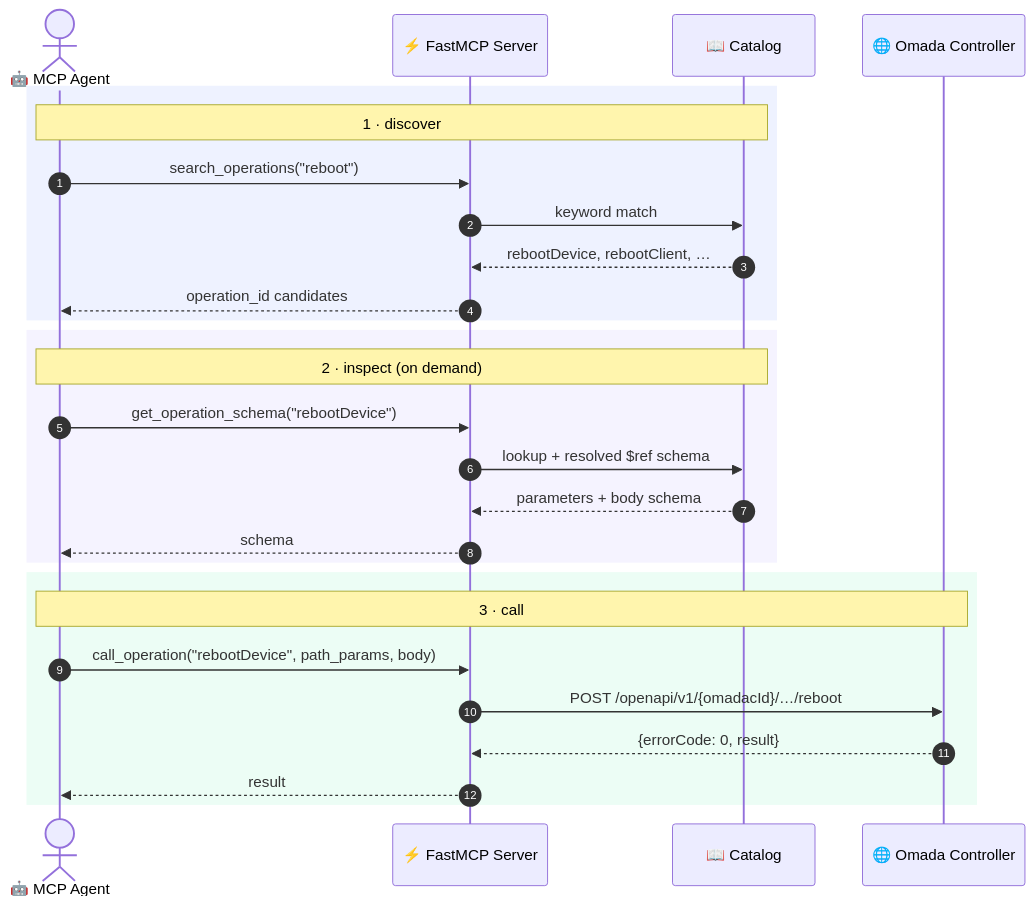
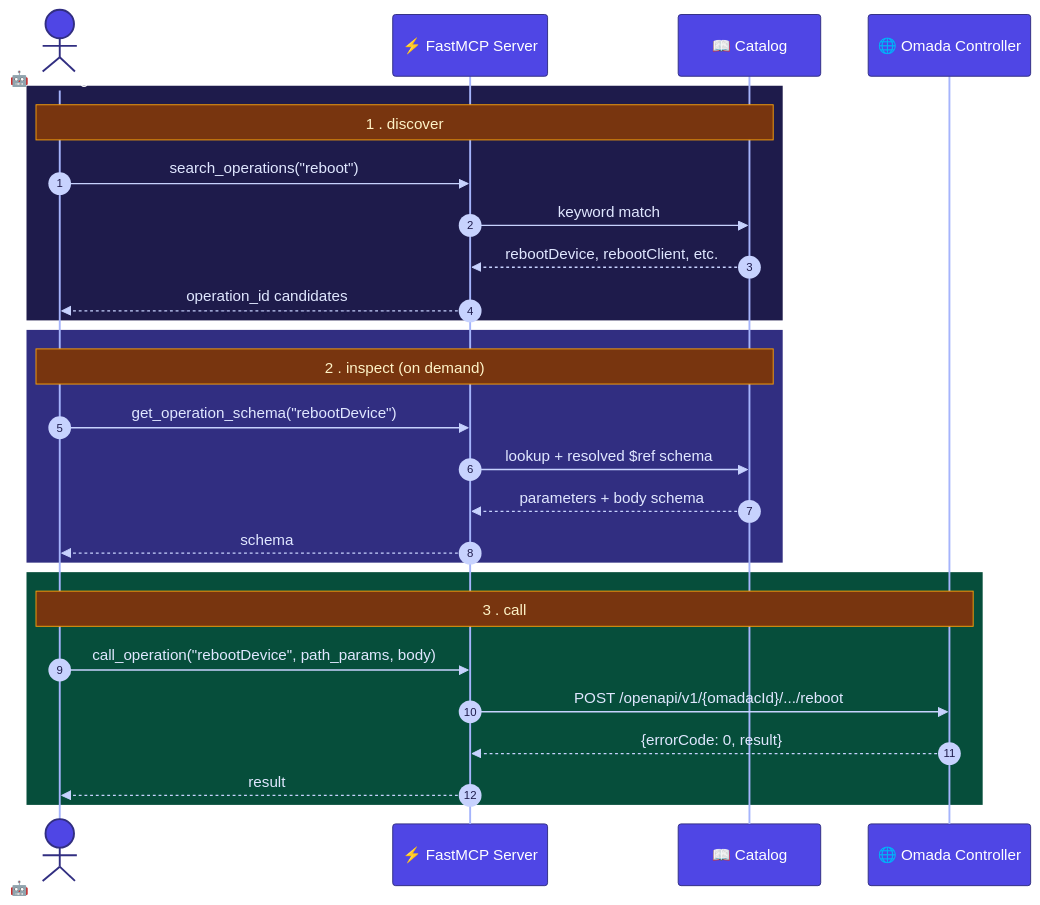
The second of 2 diagrams in README.md (samhaque/omada-controller-mcp), drawn with Mermaid before and after one commit. The commit also changed other lines of this file and 6 other files, not shown here.

````diff
--- a/README.md
+++ b/README.md
@@ -61,32 +57,40 @@
 ```mermaid
+%%{init: {'theme': 'base', 'themeVariables': {
+  'primaryColor': '#312e81', 'primaryTextColor': '#ffffff', 'primaryBorderColor': '#818cf8',
+  'lineColor': '#a5b4fc', 'actorBkg': '#4f46e5', 'actorBorder': '#312e81', 'actorTextColor': '#ffffff',
+  'actorLineColor': '#a5b4fc', 'signalColor': '#c7d2fe', 'signalTextColor': '#e0e7ff',
+  'labelBoxBkgColor': '#4f46e5', 'labelBoxBorderColor': '#312e81', 'labelTextColor': '#ffffff',
+  'noteBkgColor': '#78350f', 'noteBorderColor': '#f59e0b', 'noteTextColor': '#fef3c7',
+  'activationBorderColor': '#818cf8', 'activationBkgColor': '#4338ca', 'sequenceNumberColor': '#1e1b4b'
+}}}%%
 sequenceDiagram
     autonumber
     actor Agent as 🤖 MCP Agent
     participant Srv as ⚡ FastMCP Server
     participant Cat as 📖 Catalog
     participant Ctl as 🌐 Omada Controller
 
-    rect rgb(238, 242, 255)
-    note over Agent,Cat: 1 · discover
+    rect rgb(30, 27, 75)
+    note over Agent,Cat: 1 . discover
     Agent->>Srv: search_operations("reboot")
     Srv->>Cat: keyword match
-    Cat-->>Srv: rebootDevice, rebootClient, …
+    Cat-->>Srv: rebootDevice, rebootClient, etc.
     Srv-->>Agent: operation_id candidates
     end
 
-    rect rgb(245, 243, 255)
-    note over Agent,Cat: 2 · inspect (on demand)
+    rect rgb(49, 46, 129)
+    note over Agent,Cat: 2 . inspect (on demand)
     Agent->>Srv: get_operation_schema("rebootDevice")
     Srv->>Cat: lookup + resolved $ref schema
     Cat-->>Srv: parameters + body schema
     Srv-->>Agent: schema
     end
 
-    rect rgb(236, 253, 245)
-    note over Agent,Ctl: 3 · call
+    rect rgb(6, 78, 59)
+    note over Agent,Ctl: 3 . call
     Agent->>Srv: call_operation("rebootDevice", path_params, body)
-    Srv->>Ctl: POST /openapi/v1/{omadacId}/…/reboot
+    Srv->>Ctl: POST /openapi/v1/{omadacId}/.../reboot
     Ctl-->>Srv: {errorCode: 0, result}
     Srv-->>Agent: result
     end
 ```
````
